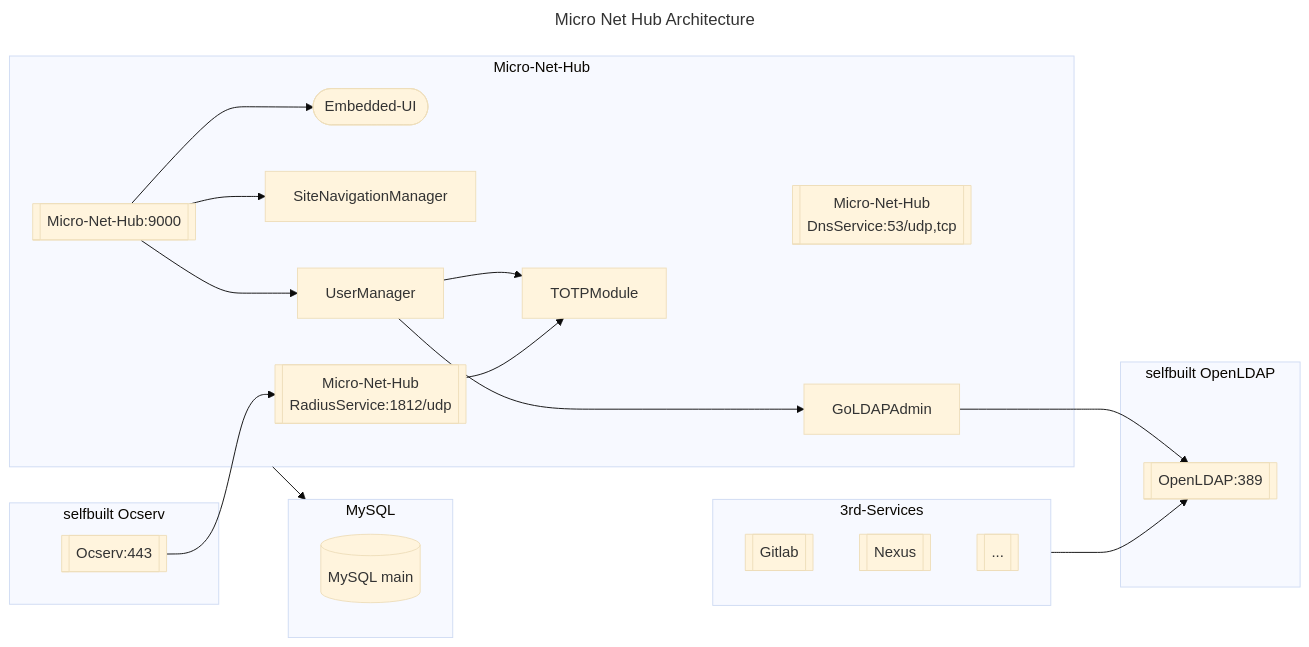
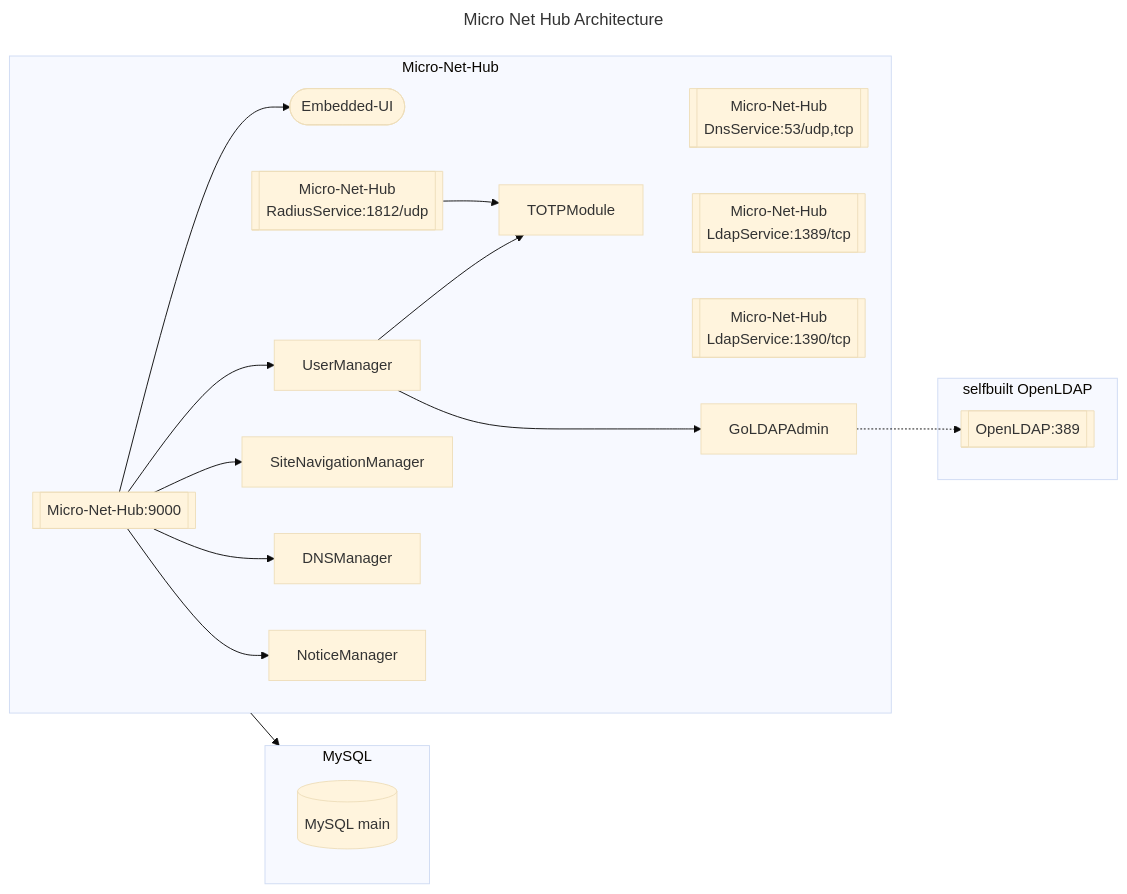
One commit to bagechashu/micro-net-hub changed the diagram in README.md. Above: the diagram before and after it, drawn with Mermaid (base theme). The commit also changed other lines of this file, not shown here.

Commit message:
update: doc

````diff
--- a/README.md
+++ b/README.md
@@ -38,47 +33,42 @@
 ```mermaid
 ---
 title: Micro Net Hub Architecture
 ---
 flowchart LR
   %% Service provide by third-party, need deployed by yourself.
   subgraph selfbuilt OpenLDAP
    openldap[[OpenLDAP:389]]
   end
 
-  subgraph selfbuilt Ocserv
-   ocserv[[Ocserv:443]]
-  end
-
-  subgraph 3rd-Services
-   gitlab[[Gitlab]]
-   nexus[[Nexus]]
-   other[[...]]
-  end
   %% Database
   subgraph MySQL
     mysql-main[(MySQL main)]
   end
 
   subgraph Micro-Net-Hub
-    main --> ui
-    main --> SiteNavigationManager
     main[[Micro-Net-Hub:9000]]
     ui([Embedded-UI])
 
     main --> UserManager
     UserManager --> TOTPModule
-
     radius[[Micro-Net-Hub<br>RadiusService:1812/udp]]
     radius --> TOTPModule
 
+    main --> ui
+    main --> SiteNavigationManager
+    main --> DNSManager
+    main --> NoticeManager
+    
+
     embdns[[Micro-Net-Hub<br>DnsService:53/udp,tcp]]
+
+    embLdap[[Micro-Net-Hub<br>LdapService:1389/tcp]]
+    embLdapWithTotpVerify[[Micro-Net-Hub<br>LdapService:1390/tcp]]
 
     UserManager ---> GoLDAPAdmin
   end
 
   Micro-Net-Hub --> MySQL
-  GoLDAPAdmin --> openldap
-  3rd-Services --> openldap
-  ocserv --> radius
+  GoLDAPAdmin -.-> openldap
 
 ```
````
